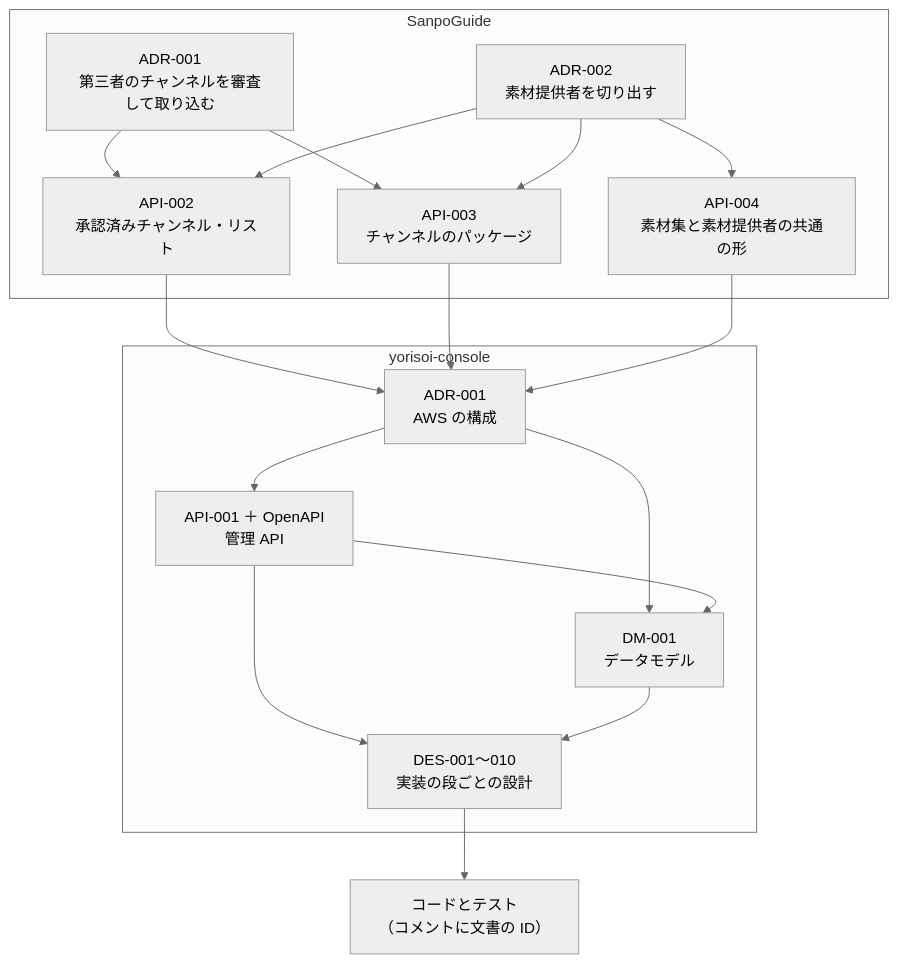
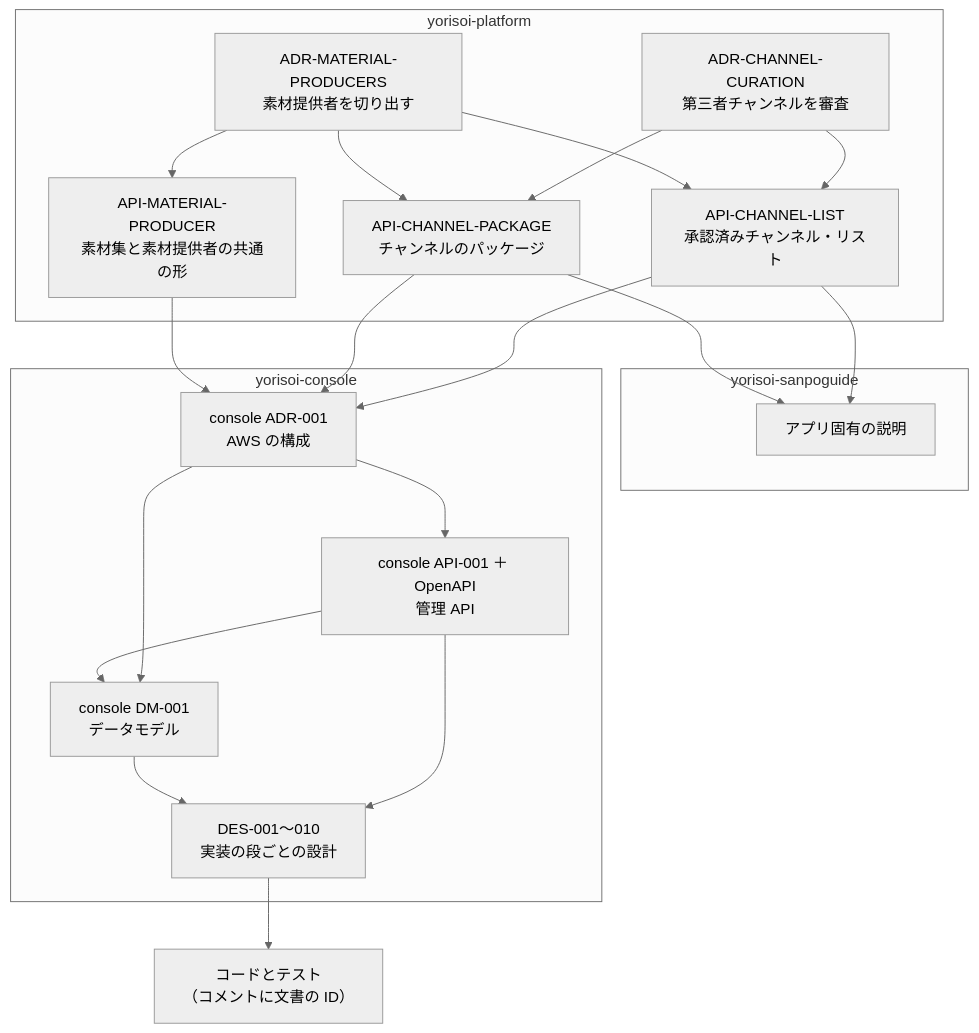
Before and after one commit to duwenji/yorisoi-tutorial: the first of 2 diagrams in 09-console/05-docs.md, drawn with Mermaid (neutral theme). The commit also changed other lines of this file and 80 other files, not shown here.

````diff
--- a/09-console/05-docs.md
+++ b/09-console/05-docs.md
@@ -43,21 +43,26 @@
 ```mermaid
 flowchart TB
-    subgraph SG["SanpoGuide"]
-        SADR["ADR-001<br/>第三者のチャンネルを審査して取り込む"] --> API2["API-002<br/>承認済みチャンネル・リスト"]
-        SADR --> API3["API-003<br/>チャンネルのパッケージ"]
-        SADR2["ADR-002<br/>素材提供者を切り出す"] --> API4["API-004<br/>素材集と素材提供者の共通の形"]
+    subgraph PL["yorisoi-platform"]
+        SADR["ADR-CHANNEL-CURATION<br/>第三者チャンネルを審査"] --> API2["API-CHANNEL-LIST<br/>承認済みチャンネル・リスト"]
+        SADR --> API3["API-CHANNEL-PACKAGE<br/>チャンネルのパッケージ"]
+        SADR2["ADR-MATERIAL-PRODUCERS<br/>素材提供者を切り出す"] --> API4["API-MATERIAL-PRODUCER<br/>素材集と素材提供者の共通の形"]
         SADR2 --> API2
         SADR2 --> API3
     end
+    subgraph SG["yorisoi-sanpoguide"]
+        SGDOC["アプリ固有の説明"]
+    end
     subgraph CC["yorisoi-console"]
-        ADR["ADR-001<br/>AWS の構成"] --> API1["API-001 ＋ OpenAPI<br/>管理 API"]
-        ADR --> DM["DM-001<br/>データモデル"]
+        ADR["console ADR-001<br/>AWS の構成"] --> API1["console API-001 ＋ OpenAPI<br/>管理 API"]
+        ADR --> DM["console DM-001<br/>データモデル"]
         API1 --> DM
         API1 --> DES["DES-001〜010<br/>実装の段ごとの設計"]
         DM --> DES
     end
     API2 --> ADR
     API3 --> ADR
     API4 --> ADR
+    API2 --> SGDOC
+    API3 --> SGDOC
     DES --> CODE["コードとテスト<br/>（コメントに文書の ID）"]
 ```
````
